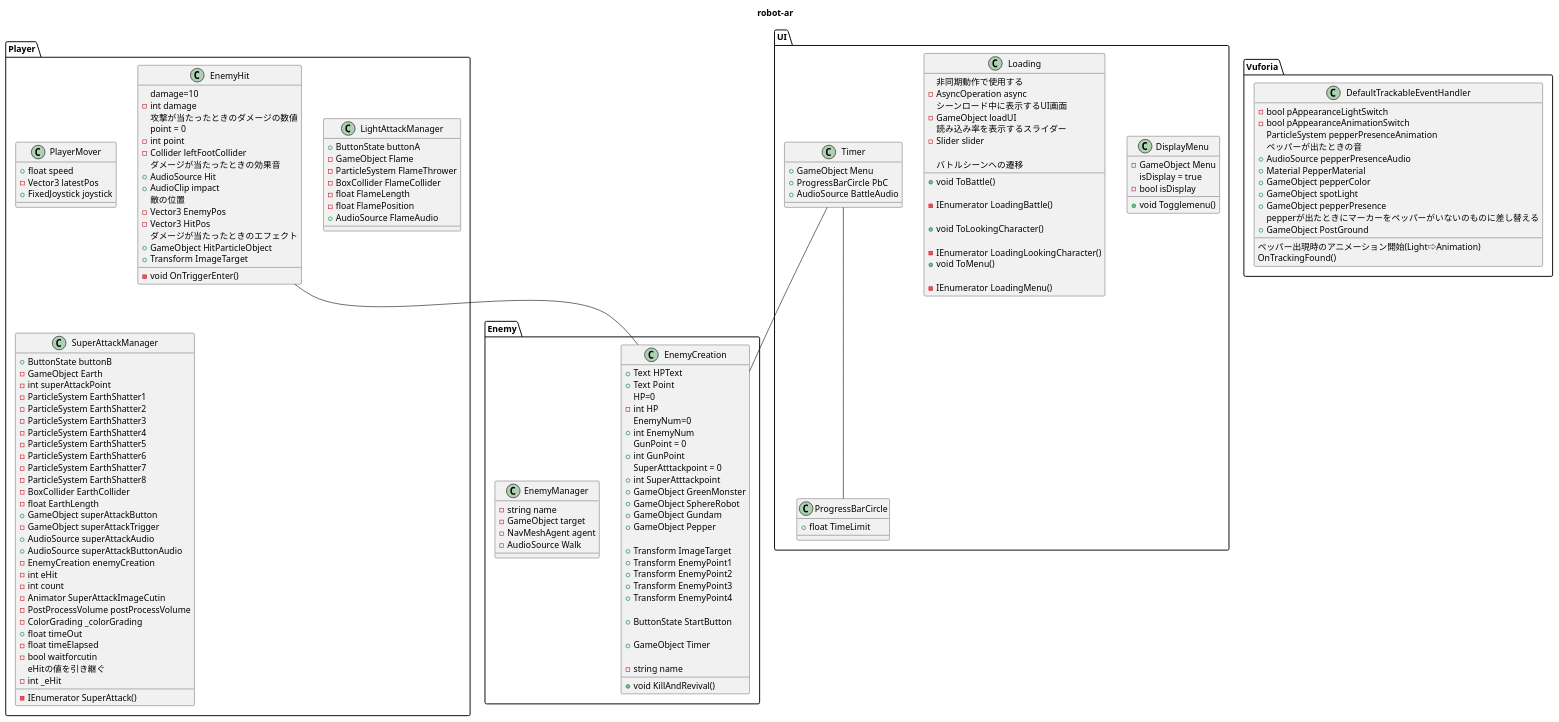
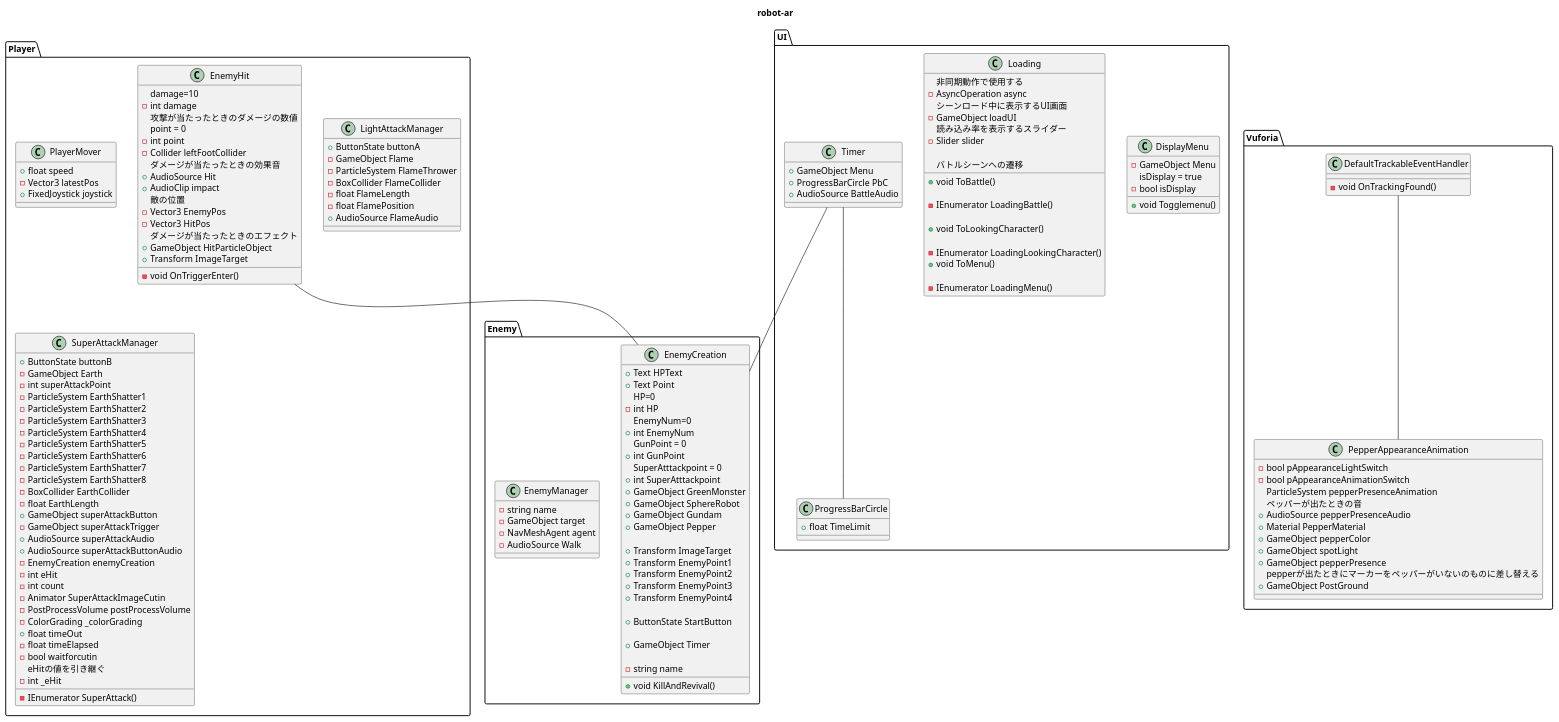
The diagram in plantuml/uml.pu (masaki11111/robot-ar), drawn with PlantUML before and after one commit. The commit also changed 7 other files, not shown here.

```diff
--- a/plantuml/uml.pu
+++ b/plantuml/uml.pu
@@ -1,183 +1,190 @@
 @startuml robot-ar
 title robot-ar
 package Enemy{
     class EnemyCreation {
 
         + Text HPText
         + Text Point
         HP=0
         - int HP
         EnemyNum=0
         + int EnemyNum
         GunPoint = 0
         + int GunPoint
         SuperAtttackpoint = 0
         + int SuperAtttackpoint
         + GameObject GreenMonster
         + GameObject SphereRobot
         + GameObject Gundam
         + GameObject Pepper
 
         + Transform ImageTarget
         + Transform EnemyPoint1
         + Transform EnemyPoint2
         + Transform EnemyPoint3
         + Transform EnemyPoint4
 
         + ButtonState StartButton
 
         + GameObject Timer
 
         - string name
 
         + void KillAndRevival()
     }
 
     class EnemyManager {
         - string name
         - GameObject target
         - NavMeshAgent agent
         - AudioSource Walk
     }
 }
 
 package Player{
 
     class PlayerMover{
         + float speed
         - Vector3 latestPos
         + FixedJoystick joystick
 
     }
 
     class LightAttackManager{
         + ButtonState buttonA
         - GameObject Flame
         - ParticleSystem FlameThrower
         - BoxCollider FlameCollider
         - float FlameLength
         - float FlamePosition
         + AudioSource FlameAudio
 
     }
 
     class SuperAttackManager{
         + ButtonState buttonB
         - GameObject Earth
         - int superAttackPoint
         - ParticleSystem EarthShatter1
         - ParticleSystem EarthShatter2
         - ParticleSystem EarthShatter3
         - ParticleSystem EarthShatter4
         - ParticleSystem EarthShatter5
         - ParticleSystem EarthShatter6
         - ParticleSystem EarthShatter7
         - ParticleSystem EarthShatter8
         - BoxCollider EarthCollider
         - float EarthLength
         + GameObject superAttackButton
         - GameObject superAttackTrigger
         + AudioSource superAttackAudio
         + AudioSource superAttackButtonAudio
         - EnemyCreation enemyCreation
         - int eHit
         - int count
         - Animator SuperAttackImageCutin
         - PostProcessVolume postProcessVolume
         - ColorGrading _colorGrading
         + float timeOut
         - float timeElapsed
         - bool waitforcutin
         eHitの値を引き継ぐ
         - int _eHit
         - IEnumerator SuperAttack()
 
 
     }
 
     class EnemyHit{
         damage=10
         - int damage
         攻撃が当たったときのダメージの数値
         point = 0
         - int point
         - Collider leftFootCollider
         ダメージが当たったときの効果音
         + AudioSource Hit
         + AudioClip impact
         敵の位置
         - Vector3 EnemyPos
         - Vector3 HitPos
         ダメージが当たったときのエフェクト
         + GameObject HitParticleObject
         + Transform ImageTarget
 
         - void OnTriggerEnter()
 
 
     }
 
 }
 
 package UI{
     class DisplayMenu{
         - GameObject Menu
         isDisplay = true
         - bool isDisplay
         + void Togglemenu()
     }
 
     class Loading{
         非同期動作で使用する
         - AsyncOperation async
         シーンロード中に表示するUI画面
         - GameObject loadUI
         読み込み率を表示するスライダー
         - Slider slider
 
         バトルシーンへの遷移
         + void ToBattle()
 
         - IEnumerator LoadingBattle()
 
         + void ToLookingCharacter()
 
         - IEnumerator LoadingLookingCharacter()
         + void ToMenu()
 
         -IEnumerator LoadingMenu()
 
     }
 
     class ProgressBarCircle{
         + float TimeLimit
     }
     class Timer{
         + GameObject Menu
         + ProgressBarCircle PbC
         + AudioSource BattleAudio
     }
 
 }
 package Vuforia{
     class  DefaultTrackableEventHandler{
-        ペッパー出現時のアニメーション開始(Light⇨Animation)
+        - void OnTrackingFound()
+    }
+
+    class PepperAppearanceAnimation{
         - bool pAppearanceLightSwitch
         - bool pAppearanceAnimationSwitch
         ParticleSystem pepperPresenceAnimation
         ペッパーが出たときの音
         + AudioSource pepperPresenceAudio
         + Material PepperMaterial
         + GameObject pepperColor
         + GameObject spotLight
         + GameObject pepperPresence
         pepperが出たときにマーカーをペッパーがいないのものに差し替える
         + GameObject PostGround
-        OnTrackingFound()
     }
+
 }
+
 
 EnemyHit -- EnemyCreation
 Timer -- ProgressBarCircle
 Timer -- EnemyCreation
+DefaultTrackableEventHandler -- PepperAppearanceAnimation
+
+
 @enduml
```
